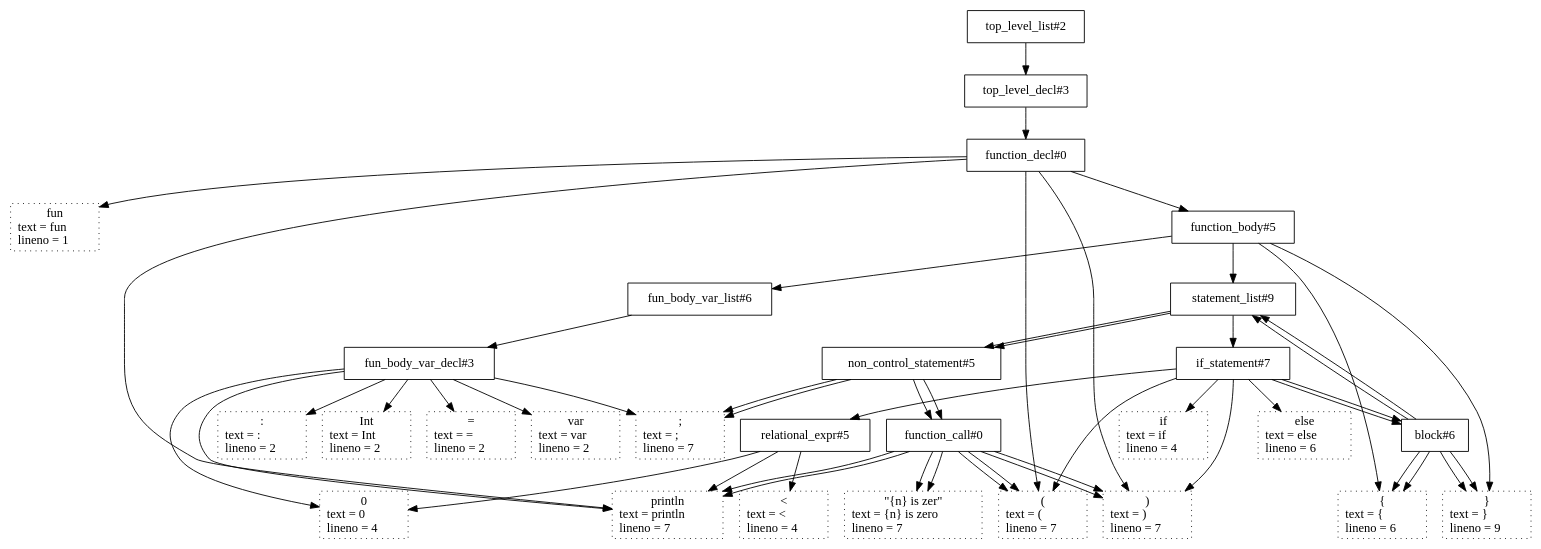
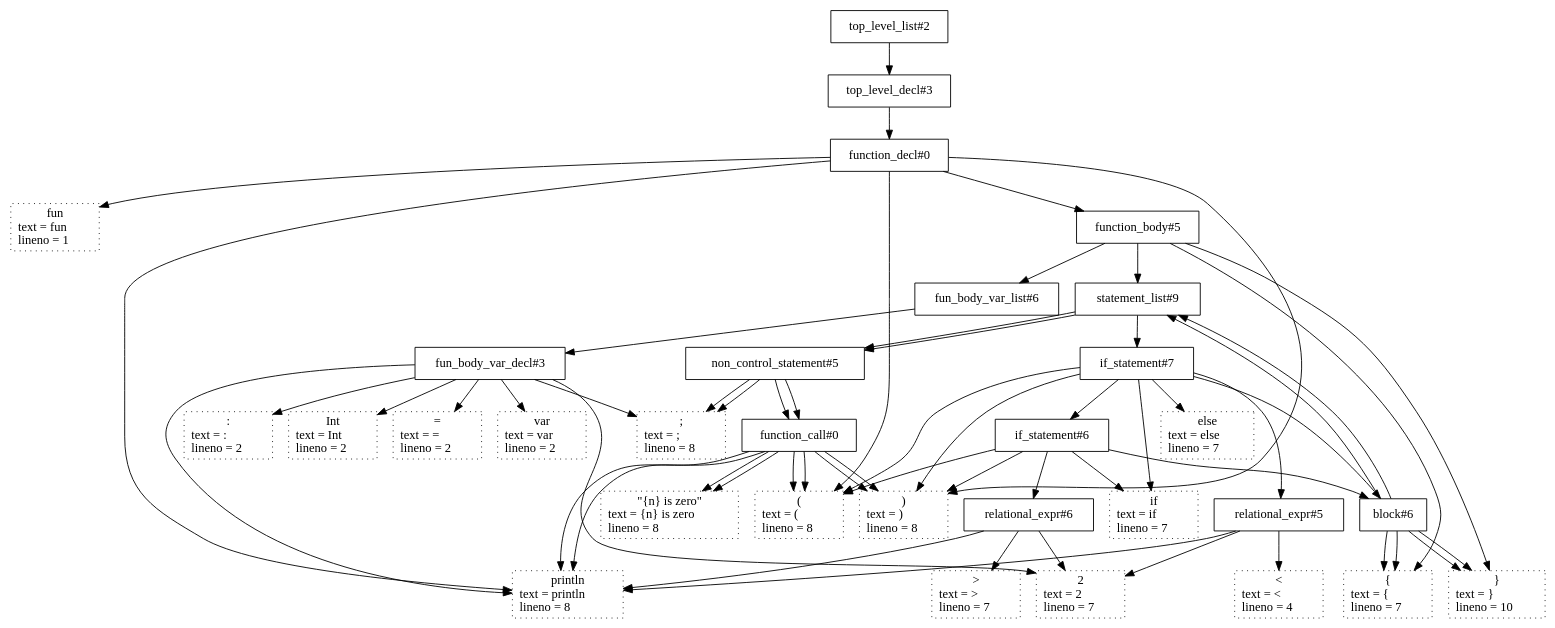
One commit to JaxenBujy/k0_compiler_group changed the diagram in hello_world.kt_tree.dot. Above: the diagram before and after it, drawn with Graphviz. The commit also changed 20 other files, not shown here.

```diff
--- a/hello_world.kt_tree.dot
+++ b/hello_world.kt_tree.dot
@@ -1,103 +1,119 @@
 digraph {
 N502 [shape=box label="top_level_list#2"];
 N502 -> N503;
 N503 [shape=box label="top_level_decl#3"];
 N503 -> N540;
 N540 [shape=box label="function_decl#0"];
 N540 -> N264;
 N264 [shape=box style=dotted label=" fun \n text = fun \l lineno = 1 \l"];
 N540 -> N324;
 N324 [shape=box style=dotted label=" main \n text = main \l lineno = 1 \l"];
 N540 -> N311;
 N311 [shape=box style=dotted label=" ( \n text = ( \l lineno = 1 \l"];
 N540 -> N312;
 N312 [shape=box style=dotted label=" ) \n text = ) \l lineno = 1 \l"];
 N540 -> N545;
 N545 [shape=box label="function_body#5"];
 N545 -> N315;
 N315 [shape=box style=dotted label=" { \n text = { \l lineno = 1 \l"];
 N545 -> N546;
 N546 [shape=box label="fun_body_var_list#6"];
 N546 -> N533;
 N533 [shape=box label="fun_body_var_decl#3"];
 N533 -> N271;
 N271 [shape=box style=dotted label=" var \n text = var \l lineno = 2 \l"];
 N533 -> N324;
 N324 [shape=box style=dotted label=" n \n text = n \l lineno = 2 \l"];
 N533 -> N317;
 N317 [shape=box style=dotted label=" : \n text = : \l lineno = 2 \l"];
 N533 -> N327;
 N327 [shape=box style=dotted label=" Int \n text = Int \l lineno = 2 \l"];
 N533 -> N280;
 N280 [shape=box style=dotted label=" = \n text = = \l lineno = 2 \l"];
 N533 -> N319;
 N319 [shape=box style=dotted label=" 5 \n text = 5 \l lineno = 2 \l"];
 N533 -> N314;
 N314 [shape=box style=dotted label=" ; \n text = ; \l lineno = 2 \l"];
 N545 -> N549;
 N549 [shape=box label="statement_list#9"];
 N549 -> N607;
 N607 [shape=box label="if_statement#7"];
 N607 -> N265;
 N265 [shape=box style=dotted label=" if \n text = if \l lineno = 4 \l"];
 N607 -> N311;
 N311 [shape=box style=dotted label=" ( \n text = ( \l lineno = 4 \l"];
 N607 -> N565;
 N565 [shape=box label="relational_expr#5"];
 N565 -> N324;
 N324 [shape=box style=dotted label=" n \n text = n \l lineno = 4 \l"];
 N565 -> N294;
 N294 [shape=box style=dotted label=" < \n text = < \l lineno = 4 \l"];
 N565 -> N319;
 N319 [shape=box style=dotted label=" 0 \n text = 0 \l lineno = 4 \l"];
 N607 -> N312;
 N312 [shape=box style=dotted label=" ) \n text = ) \l lineno = 4 \l"];
 N607 -> N596;
 N596 [shape=box label="block#6"];
 N596 -> N315;
 N315 [shape=box style=dotted label=" { \n text = { \l lineno = 4 \l"];
 N596 -> N549;
 N549 [shape=box label="statement_list#9"];
 N549 -> N555;
 N555 [shape=box label="non_control_statement#5"];
 N555 -> N590;
 N590 [shape=box label="function_call#0"];
 N590 -> N324;
 N324 [shape=box style=dotted label=" println \n text = println \l lineno = 5 \l"];
 N590 -> N311;
 N311 [shape=box style=dotted label=" ( \n text = ( \l lineno = 5 \l"];
 N590 -> N321;
-N321 [shape=box style=dotted label=" \"{n} is negativ\" \n text = {n} is negative \l lineno = 5 \l"];
+N321 [shape=box style=dotted label=" \"{n} is negative\" \n text = {n} is negative \l lineno = 5 \l"];
 N590 -> N312;
 N312 [shape=box style=dotted label=" ) \n text = ) \l lineno = 5 \l"];
 N555 -> N314;
 N314 [shape=box style=dotted label=" ; \n text = ; \l lineno = 5 \l"];
 N596 -> N316;
 N316 [shape=box style=dotted label=" } \n text = } \l lineno = 6 \l"];
 N607 -> N261;
-N261 [shape=box style=dotted label=" else \n text = else \l lineno = 6 \l"];
-N607 -> N596;
+N261 [shape=box style=dotted label=" else \n text = else \l lineno = 7 \l"];
+N607 -> N606;
+N606 [shape=box label="if_statement#6"];
+N606 -> N265;
+N265 [shape=box style=dotted label=" if \n text = if \l lineno = 7 \l"];
+N606 -> N311;
+N311 [shape=box style=dotted label=" ( \n text = ( \l lineno = 7 \l"];
+N606 -> N566;
+N566 [shape=box label="relational_expr#6"];
+N566 -> N324;
+N324 [shape=box style=dotted label=" n \n text = n \l lineno = 7 \l"];
+N566 -> N293;
+N293 [shape=box style=dotted label=" > \n text = > \l lineno = 7 \l"];
+N566 -> N319;
+N319 [shape=box style=dotted label=" 2 \n text = 2 \l lineno = 7 \l"];
+N606 -> N312;
+N312 [shape=box style=dotted label=" ) \n text = ) \l lineno = 7 \l"];
+N606 -> N596;
 N596 [shape=box label="block#6"];
 N596 -> N315;
-N315 [shape=box style=dotted label=" { \n text = { \l lineno = 6 \l"];
+N315 [shape=box style=dotted label=" { \n text = { \l lineno = 7 \l"];
 N596 -> N549;
 N549 [shape=box label="statement_list#9"];
 N549 -> N555;
 N555 [shape=box label="non_control_statement#5"];
 N555 -> N590;
 N590 [shape=box label="function_call#0"];
 N590 -> N324;
-N324 [shape=box style=dotted label=" println \n text = println \l lineno = 7 \l"];
+N324 [shape=box style=dotted label=" println \n text = println \l lineno = 8 \l"];
 N590 -> N311;
-N311 [shape=box style=dotted label=" ( \n text = ( \l lineno = 7 \l"];
+N311 [shape=box style=dotted label=" ( \n text = ( \l lineno = 8 \l"];
 N590 -> N321;
-N321 [shape=box style=dotted label=" \"{n} is zer\" \n text = {n} is zero \l lineno = 7 \l"];
+N321 [shape=box style=dotted label=" \"{n} is zero\" \n text = {n} is zero \l lineno = 8 \l"];
 N590 -> N312;
-N312 [shape=box style=dotted label=" ) \n text = ) \l lineno = 7 \l"];
+N312 [shape=box style=dotted label=" ) \n text = ) \l lineno = 8 \l"];
 N555 -> N314;
-N314 [shape=box style=dotted label=" ; \n text = ; \l lineno = 7 \l"];
+N314 [shape=box style=dotted label=" ; \n text = ; \l lineno = 8 \l"];
 N596 -> N316;
-N316 [shape=box style=dotted label=" } \n text = } \l lineno = 8 \l"];
+N316 [shape=box style=dotted label=" } \n text = } \l lineno = 9 \l"];
 N545 -> N316;
-N316 [shape=box style=dotted label=" } \n text = } \l lineno = 9 \l"];
+N316 [shape=box style=dotted label=" } \n text = } \l lineno = 10 \l"];
 }
```
